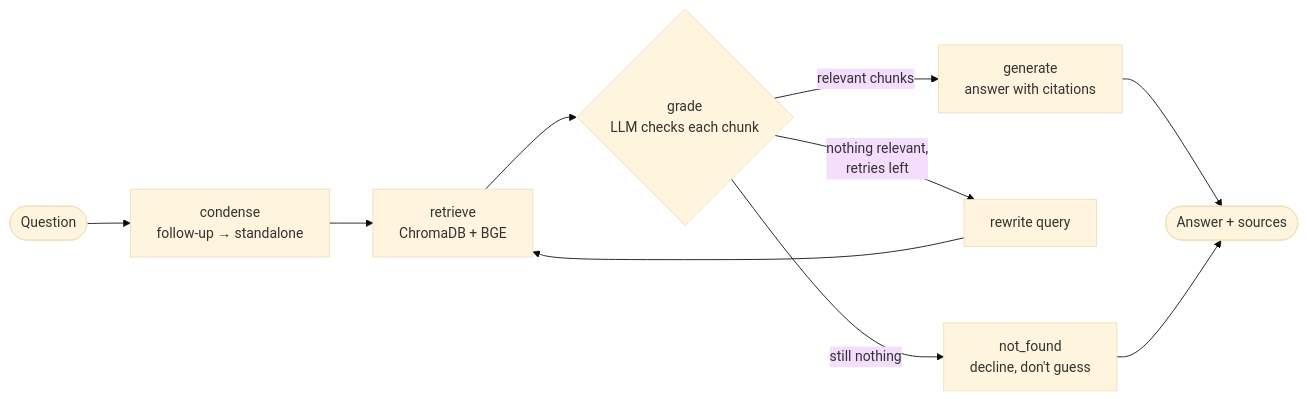
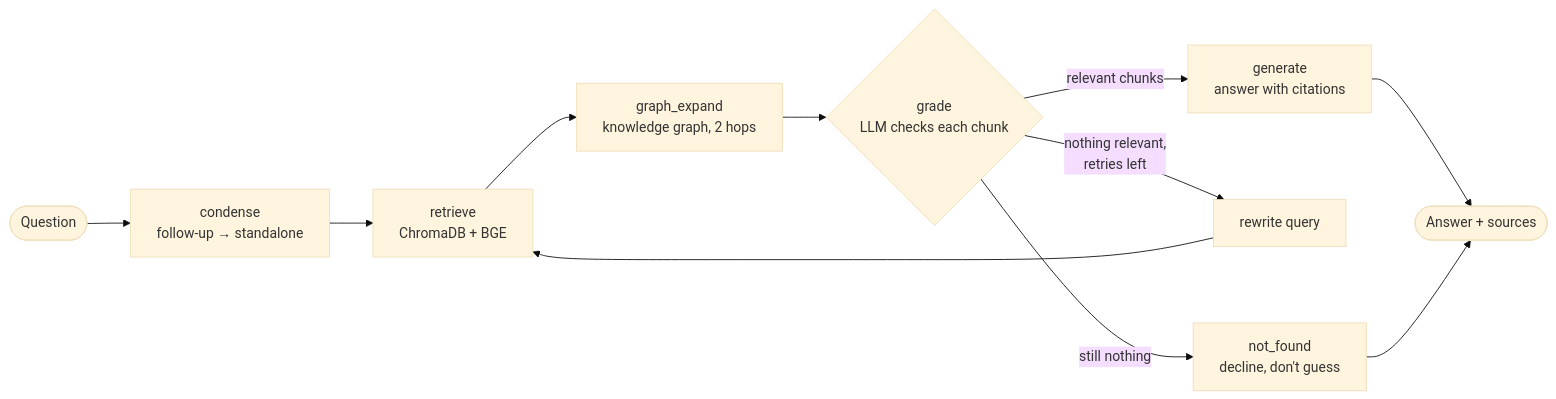
Before and after one commit to divyanshus2404/docpilot: the diagram in README.md, drawn with Mermaid (base theme). The commit also changed other lines of this file and 23 other files, not shown here.

First line of the commit message:
Add GraphRAG knowledge-graph layer for multi-hop questions

````diff
--- a/README.md
+++ b/README.md
@@ -26,12 +26,13 @@
 ```mermaid
 flowchart LR
     S([Question]) --> C[condense<br/>follow-up → standalone]
     C --> R[retrieve<br/>ChromaDB + BGE]
-    R --> G{grade<br/>LLM checks each chunk}
+    R --> X[graph_expand<br/>knowledge graph, 2 hops]
+    X --> G{grade<br/>LLM checks each chunk}
     G -- relevant chunks --> A[generate<br/>answer with citations]
     G -- nothing relevant,<br/>retries left --> W[rewrite query]
     W --> R
     G -- still nothing --> N[not_found<br/>decline, don't guess]
     A --> E([Answer + sources])
     N --> E
 ```
````
